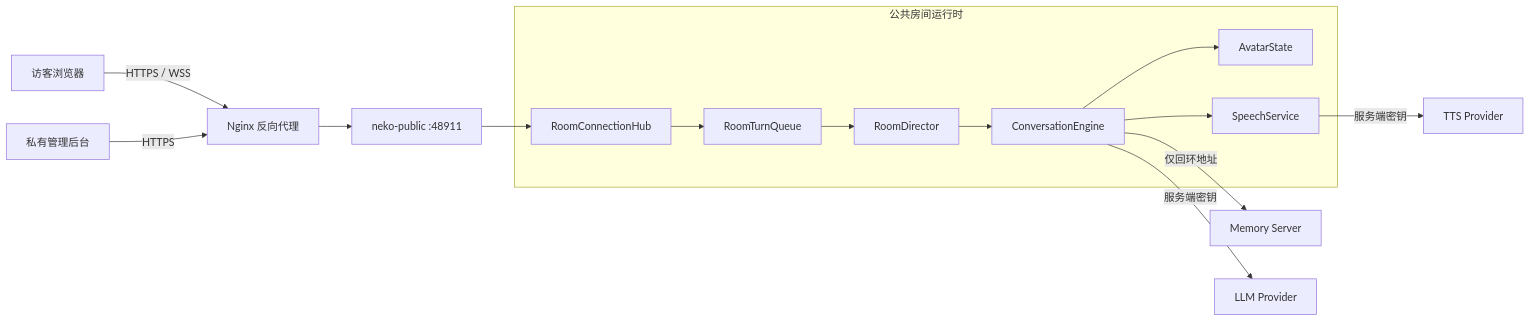
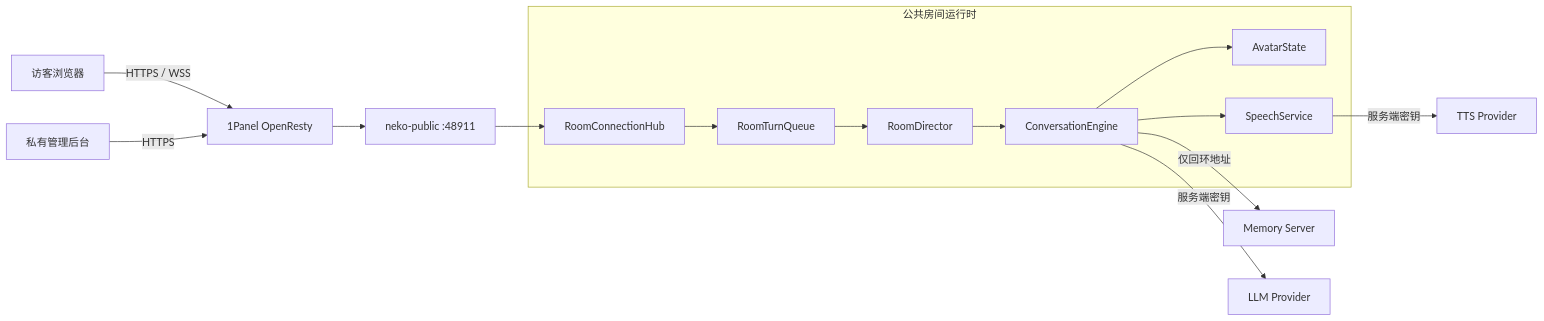
The diagram in README.MD (Himifox/NEKO-ONE), drawn with Mermaid before and after one commit. The commit also changed other lines of this file and 12 other files, not shown here.

````diff
--- a/README.MD
+++ b/README.MD
@@ -50,23 +50,23 @@
 ```mermaid
 flowchart LR
-    V["访客浏览器"] -->|"HTTPS / WSS"| RP["Nginx 反向代理"]
+    V["访客浏览器"] -->|"HTTPS / WSS"| RP["1Panel OpenResty"]
     A["私有管理后台"] -->|"HTTPS"| RP
     RP --> API["neko-public :48911"]
 
     subgraph PublicRuntime["公共房间运行时"]
         HUB["RoomConnectionHub"]
         QUEUE["RoomTurnQueue"]
         DIRECTOR["RoomDirector"]
         ENGINE["ConversationEngine"]
         AVATAR["AvatarState"]
         SPEECH["SpeechService"]
     end
 
     API --> HUB
     HUB --> QUEUE --> DIRECTOR --> ENGINE
     ENGINE --> AVATAR
     ENGINE --> SPEECH
     ENGINE -->|"仅回环地址"| MEMORY["Memory Server"]
     ENGINE -->|"服务端密钥"| LLM["LLM Provider"]
     SPEECH -->|"服务端密钥"| TTS["TTS Provider"]
 ```
````
